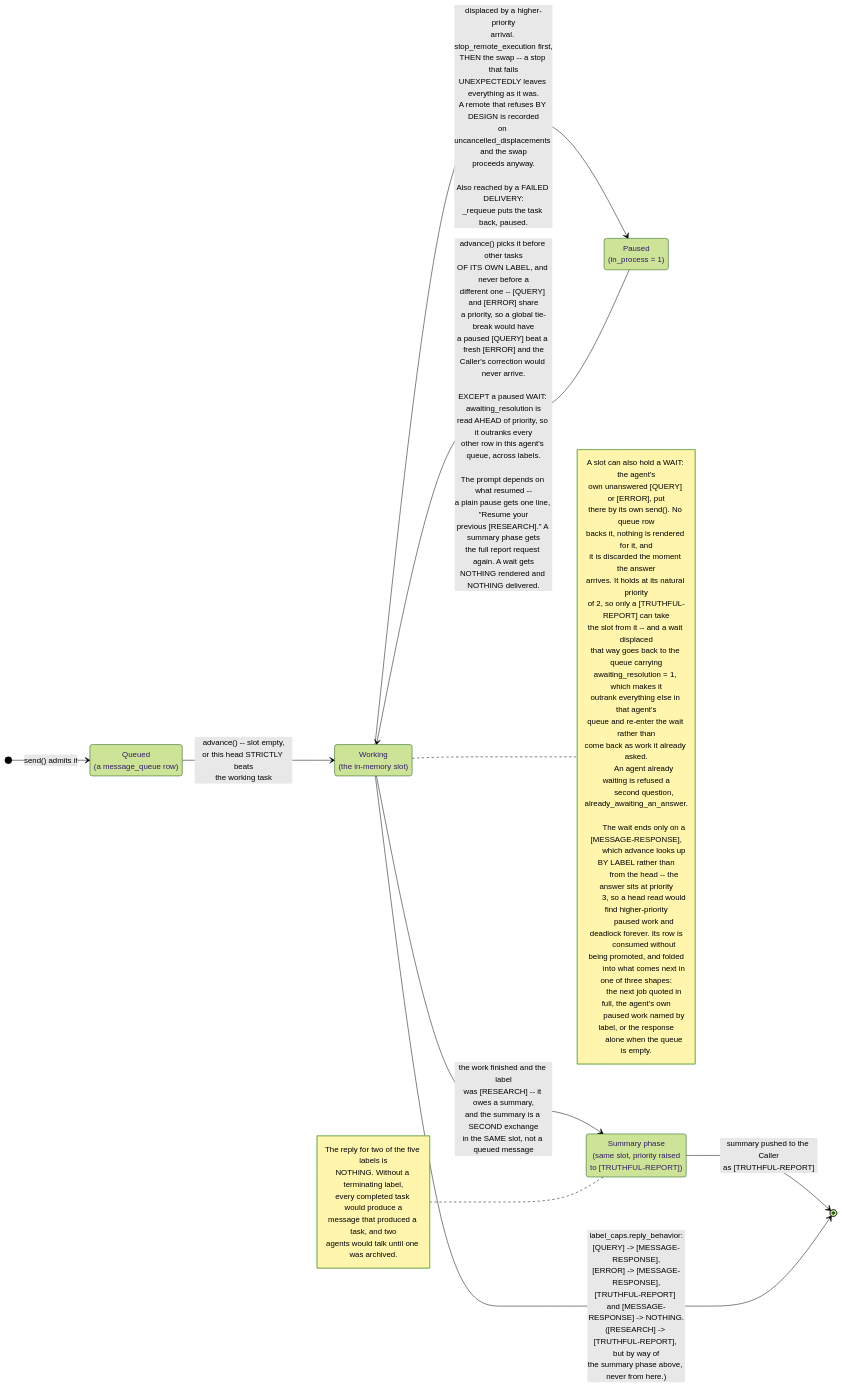
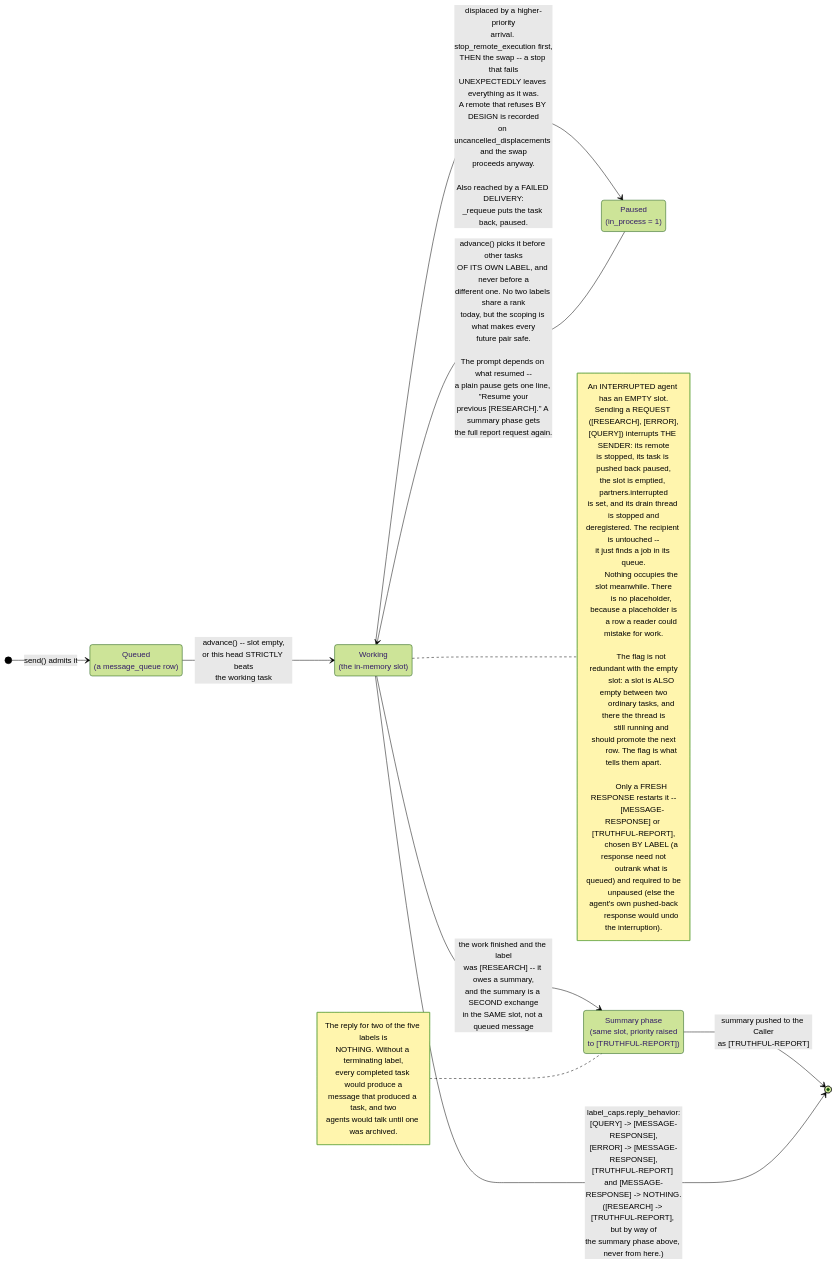
Before and after one commit to CSScientist123/agent-messaging-mcp-server: the diagram in visualizations/05-working-slot.mmd, drawn with Mermaid (forest theme). The commit also changed 40 other files, not shown here.

```diff
--- a/visualizations/05-working-slot.mmd
+++ b/visualizations/05-working-slot.mmd
@@ -1,63 +1,61 @@
 %% 05-working-slot.mmd
 %% What replaced the five-state machine: a task is queued, or it holds the working
 %% slot, or it is neither. There is no third place for it to be, and so no state
 %% column that can disagree with where the task actually is.
 stateDiagram-v2
     direction LR
 
     state "Queued<br/>(a message_queue row)" as Queued
     state "Paused<br/>(in_process = 1)" as Paused
     state "Working<br/>(the in-memory slot)" as Working
     state "Summary phase<br/>(same slot, priority raised<br/>to [TRUTHFUL-REPORT])" as Summary
 
     [*] --> Queued : send() admits it
 
     Queued --> Working : advance() -- slot empty,<br/>or this head STRICTLY beats<br/>the working task
 
     Working --> Paused : displaced by a higher-priority<br/>arrival. stop_remote_execution first,<br/>THEN the swap -- a stop that fails<br/>UNEXPECTEDLY leaves everything as it was.<br/>A remote that refuses BY DESIGN is recorded<br/>on uncancelled_displacements and the swap<br/>proceeds anyway.<br/><br/>Also reached by a FAILED DELIVERY:<br/>_requeue puts the task back, paused.
 
-    Paused --> Working : advance() picks it before other tasks<br/>OF ITS OWN LABEL, and never before a<br/>different one -- [QUERY] and [ERROR] share<br/>a priority, so a global tie-break would have<br/>a paused [QUERY] beat a fresh [ERROR] and the<br/>Caller\'s correction would never arrive.<br/><br/>EXCEPT a paused WAIT: awaiting_resolution is<br/>read AHEAD of priority, so it outranks every<br/>other row in this agent\'s queue, across labels.<br/><br/>The prompt depends on what resumed --<br/>a plain pause gets one line, "Resume your<br/>previous [RESEARCH]." A summary phase gets<br/>the full report request again. A wait gets<br/>NOTHING rendered and NOTHING delivered.
+    Paused --> Working : advance() picks it before other tasks<br/>OF ITS OWN LABEL, and never before a<br/>different one. No two labels share a rank<br/>today, but the scoping is what makes every<br/>future pair safe.<br/><br/>The prompt depends on what resumed --<br/>a plain pause gets one line, "Resume your<br/>previous [RESEARCH]." A summary phase gets<br/>the full report request again.
 
     Working --> Summary : the work finished and the label<br/>was [RESEARCH] -- it owes a summary,<br/>and the summary is a SECOND exchange<br/>in the SAME slot, not a queued message
 
     Summary --> [*] : summary pushed to the Caller<br/>as [TRUTHFUL-REPORT]
 
     Working --> [*] : label_caps.reply_behavior:<br/>[QUERY] -> [MESSAGE-RESPONSE],<br/>[ERROR] -> [MESSAGE-RESPONSE],<br/>[TRUTHFUL-REPORT] and [MESSAGE-RESPONSE] -> NOTHING.<br/>([RESEARCH] -> [TRUTHFUL-REPORT], but by way of<br/>the summary phase above, never from here.)
 
     note right of Working
-        A slot can also hold a WAIT: the agent's
-        own unanswered [QUERY] or [ERROR], put
-        there by its own send(). No queue row
-        backs it, nothing is rendered for it, and
-        it is discarded the moment the answer
-        arrives. It holds at its natural priority
-        of 2, so only a [TRUTHFUL-REPORT] can take
-        the slot from it -- and a wait displaced
-        that way goes back to the queue carrying
-        awaiting_resolution = 1, which makes it
-        outrank everything else in that agent's
-        queue and re-enter the wait rather than
-        come back as work it already asked.
+        An INTERRUPTED agent has an EMPTY slot.
+        Sending a REQUEST ([RESEARCH], [ERROR],
+        [QUERY]) interrupts THE SENDER: its remote
+        is stopped, its task is pushed back paused,
+        the slot is emptied, partners.interrupted
+        is set, and its drain thread is stopped and
+        deregistered. The recipient is untouched --
+        it just finds a job in its queue.
 
-        An agent already waiting is refused a
-        second question, already_awaiting_an_answer.
+        Nothing occupies the slot meanwhile. There
+        is no placeholder, because a placeholder is
+        a row a reader could mistake for work.
 
-        The wait ends only on a [MESSAGE-RESPONSE],
-        which advance looks up BY LABEL rather than
-        from the head -- the answer sits at priority
-        3, so a head read would find higher-priority
-        paused work and deadlock forever. Its row is
-        consumed without being promoted, and folded
-        into what comes next in one of three shapes:
-        the next job quoted in full, the agent's own
-        paused work named by label, or the response
-        alone when the queue is empty.
+        The flag is not redundant with the empty
+        slot: a slot is ALSO empty between two
+        ordinary tasks, and there the thread is
+        still running and should promote the next
+        row. The flag is what tells them apart.
+
+        Only a FRESH RESPONSE restarts it --
+        [MESSAGE-RESPONSE] or [TRUTHFUL-REPORT],
+        chosen BY LABEL (a response need not
+        outrank what is queued) and required to be
+        unpaused (else the agent's own pushed-back
+        response would undo the interruption).
     end note
 
     note left of Summary
         The reply for two of the five labels is
         NOTHING. Without a terminating label,
         every completed task would produce a
         message that produced a task, and two
         agents would talk until one was archived.
     end note
```
